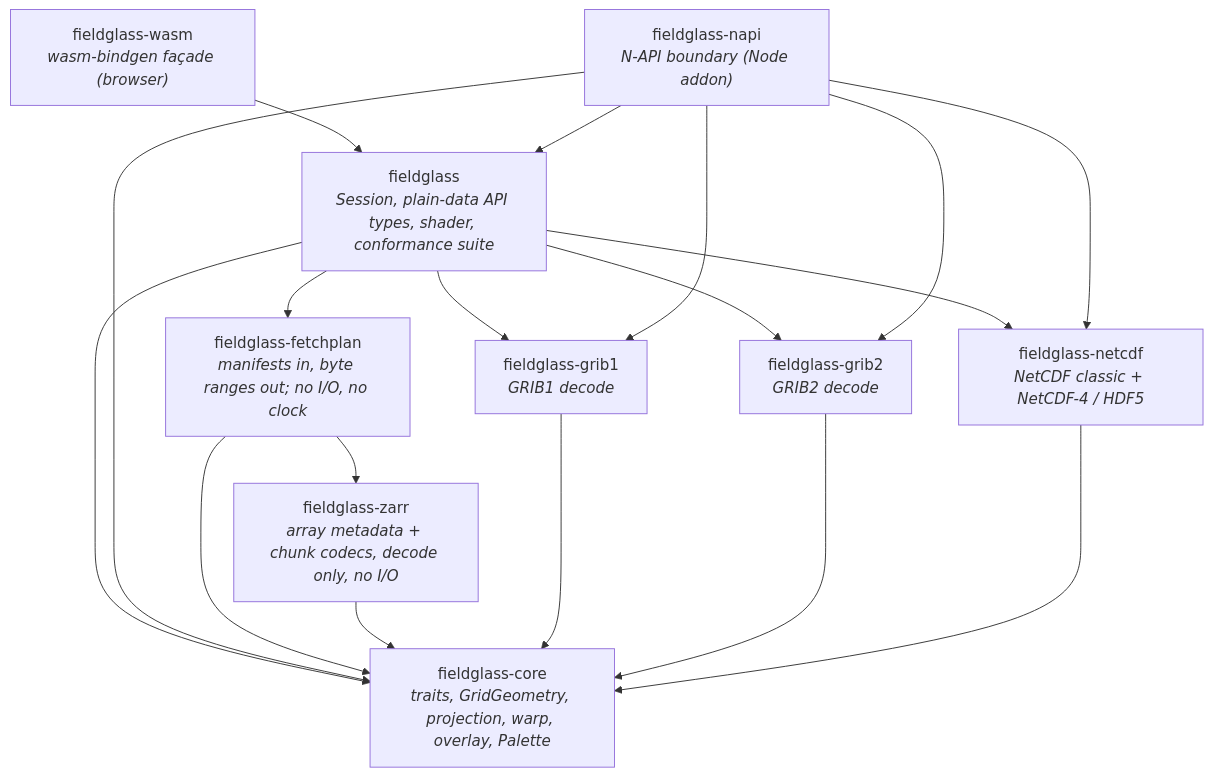
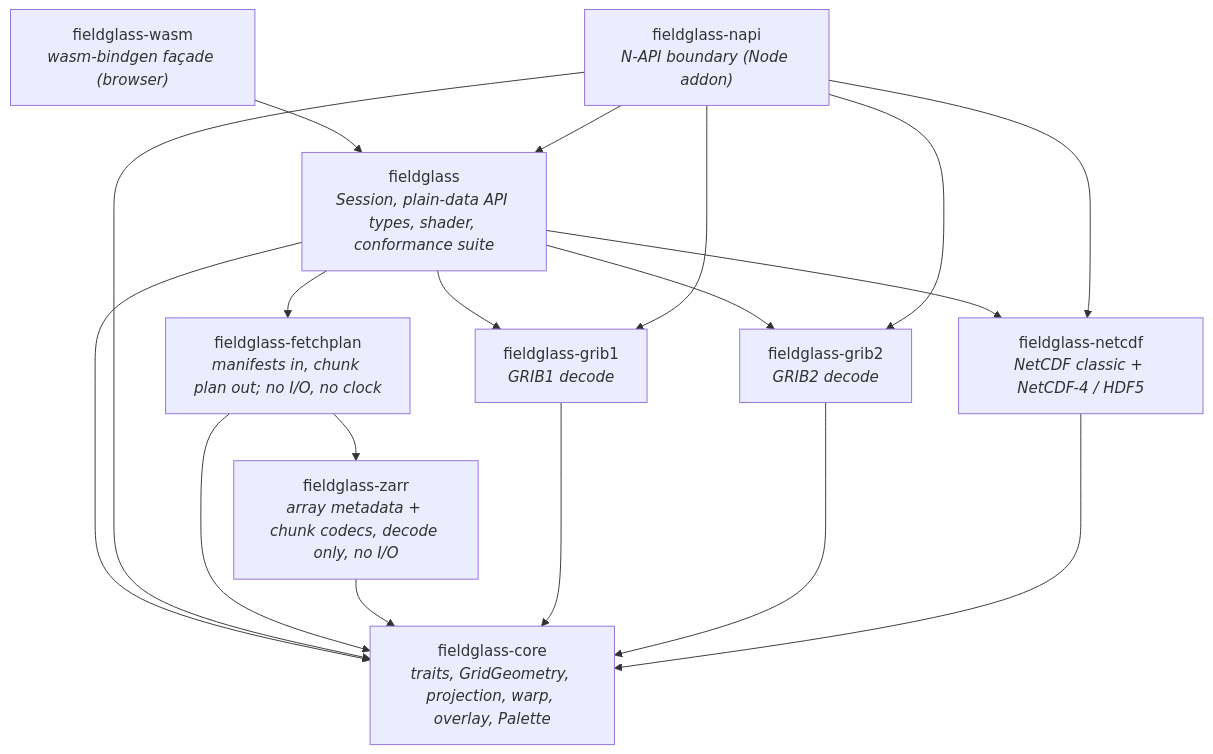
Before and after one commit to D0ubleD0uble/fieldglass: the diagram in docs/architecture/01-crates.md, drawn with Mermaid. The commit also changed 1 other file, not shown here.

Commit message:
docs(architecture): fetch planning is manifests in, chunk plan out
The crate graph's label and the planned trait-seam section now say what
#685 shipped: the plan item's address, MessageManifest, and all three
dialects on the base trait.

Claude-Session: https://claude.ai/code/session_012rCs3XTmyWNsXnC6W5NSNF

````diff
--- a/docs/architecture/01-crates.md
+++ b/docs/architecture/01-crates.md
@@ -18,30 +18,30 @@
 ```mermaid
 flowchart TD
     napi["fieldglass-napi<br/><i>N-API boundary (Node addon)</i>"]
     wasm["fieldglass-wasm<br/><i>wasm-bindgen façade (browser)</i>"]
     fieldglass["fieldglass<br/><i>Session, plain-data API types, shader, conformance suite</i>"]
     grib1["fieldglass-grib1<br/><i>GRIB1 decode</i>"]
     grib2["fieldglass-grib2<br/><i>GRIB2 decode</i>"]
     netcdf["fieldglass-netcdf<br/><i>NetCDF classic + NetCDF-4 / HDF5</i>"]
     core["fieldglass-core<br/><i>traits, GridGeometry, projection, warp, overlay, Palette</i>"]
-    fetchplan["fieldglass-fetchplan<br/><i>manifests in, byte ranges out; no I/O, no clock</i>"]
+    fetchplan["fieldglass-fetchplan<br/><i>manifests in, chunk plan out; no I/O, no clock</i>"]
     zarr["fieldglass-zarr<br/><i>array metadata + chunk codecs, decode only, no I/O</i>"]
 
     wasm --> fieldglass
     fieldglass --> grib1
     fieldglass --> grib2
     fieldglass --> netcdf
     fieldglass --> core
     fieldglass --> fetchplan
     napi --> fieldglass
     napi --> grib1
     napi --> grib2
     napi --> netcdf
     napi --> core
     fetchplan --> core
     fetchplan --> zarr
     zarr --> core
     grib1 --> core
     grib2 --> core
     netcdf --> core
 ```
````
